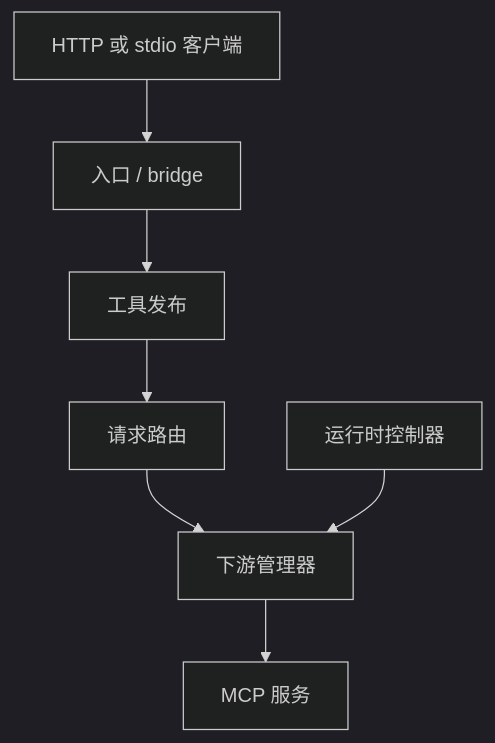
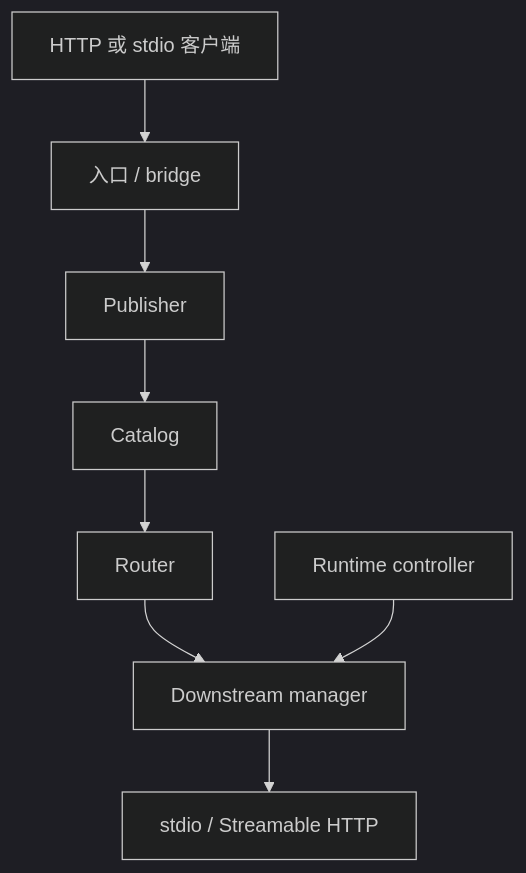
The diagram in README.zh-CN.md (online111111/mcp-hub), drawn with Mermaid (dark theme) before and after one commit. The commit also changed other lines of this file, not shown here.

````diff
--- a/README.zh-CN.md
+++ b/README.zh-CN.md
@@ -116,9 +166,10 @@
 ```mermaid
 flowchart TD
     Client["HTTP 或 stdio 客户端"] --> Inbound["入口 / bridge"]
-    Inbound --> Publisher["工具发布"]
-    Publisher --> Router["请求路由"]
-    Router --> Manager["下游管理器"]
-    Runtime["运行时控制器"] --> Manager
-    Manager --> Servers["MCP 服务"]
+    Inbound --> Publisher
+    Publisher --> Catalog
+    Catalog --> Router
+    Router --> Manager["Downstream manager"]
+    Runtime["Runtime controller"] --> Manager
+    Manager --> Servers["stdio / Streamable HTTP"]
 ```
````
